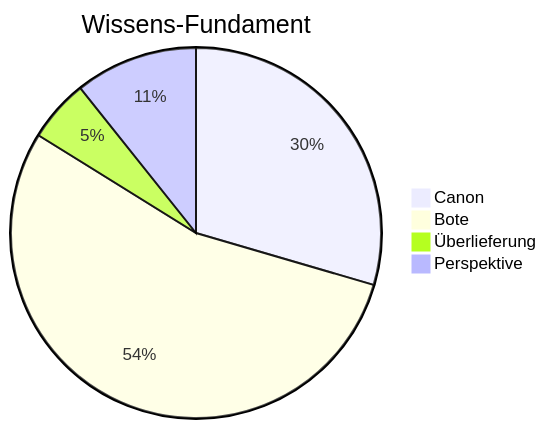
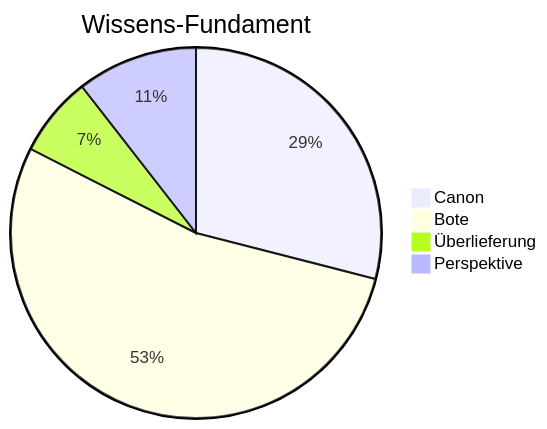
Before and after one commit to Siebenwind/7w_wiki: the third of 4 diagrams in Siebenwind_Wiki/10_Archiv/Wiki_Statistiken.md, drawn with Mermaid. The commit also changed other lines of this file and 82 other files, not shown here.

````diff
--- a/Siebenwind_Wiki/10_Archiv/Wiki_Statistiken.md
+++ b/Siebenwind_Wiki/10_Archiv/Wiki_Statistiken.md
@@ -45,7 +45,7 @@
 ```mermaid
 pie title Wissens-Fundament
     "Canon" : 548
-    "Bote" : 1008
-    "Überlieferung" : 101
+    "Bote" : 1011
+    "Überlieferung" : 132
     "Perspektive" : 199
 ```
````
